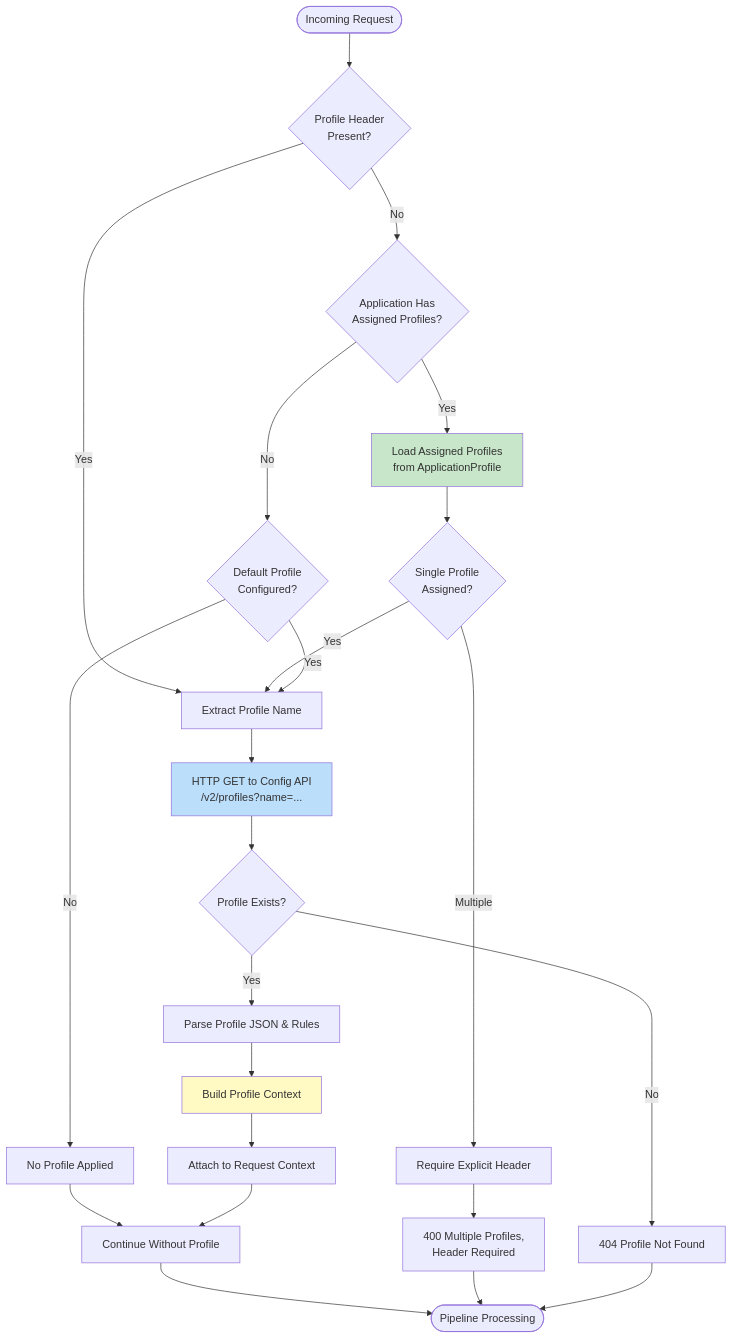
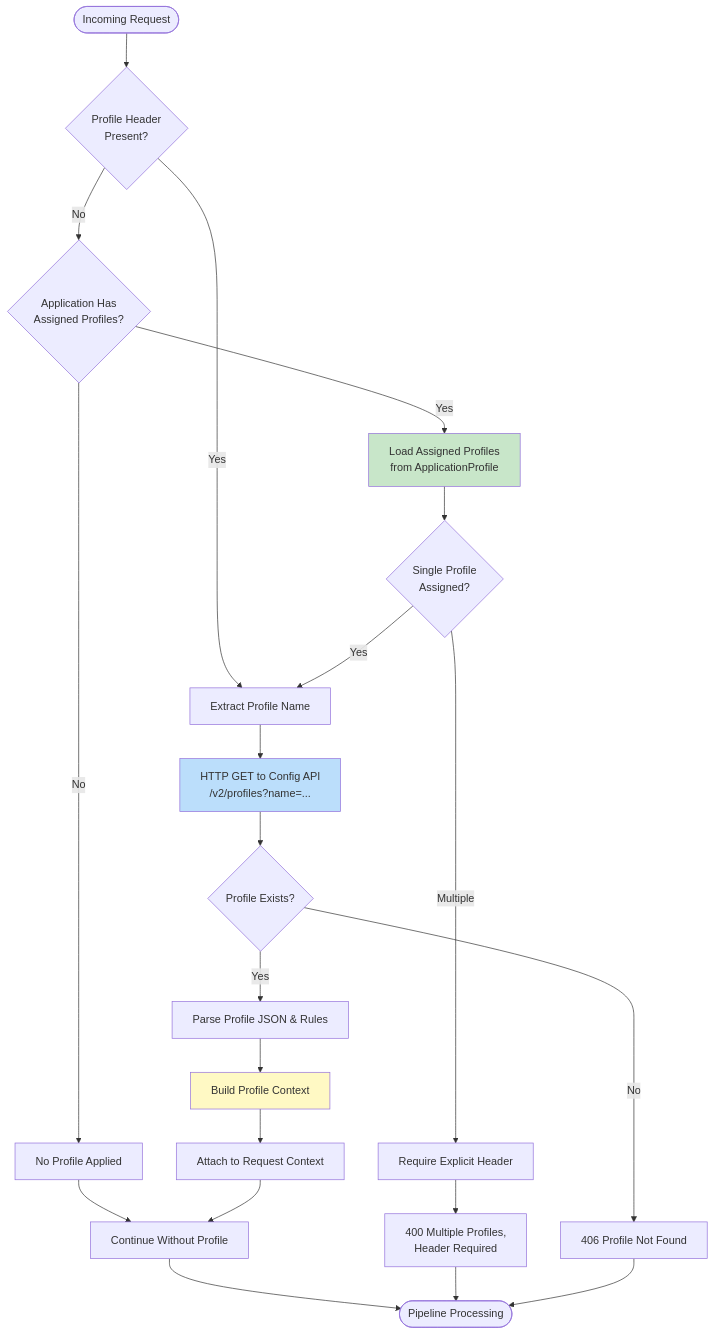
The third of 5 diagrams in docs/Profiles/API-PROFILES-DESIGN.md (Ed-Fi-Alliance-OSS/Data-Management-Service), drawn with Mermaid before and after one commit. The commit also changed other lines of this file, not shown here.

````diff
--- a/docs/Profiles/API-PROFILES-DESIGN.md
+++ b/docs/Profiles/API-PROFILES-DESIGN.md
@@ -492,37 +490,35 @@
 ```mermaid
 flowchart TD
     Start([Incoming Request]) --> CheckHeader{Profile Header<br/>Present?}
     CheckHeader -->|Yes| ExtractName[Extract Profile Name]
     CheckHeader -->|No| CheckAssignment{Application Has<br/>Assigned Profiles?}
     
     CheckAssignment -->|Yes| LoadAssigned[Load Assigned Profiles<br/>from ApplicationProfile]
-    CheckAssignment -->|No| UseDefault{Default Profile<br/>Configured?}
+    CheckAssignment -->|No| NoProfile[No Profile Applied]
     
     LoadAssigned --> SingleProfile{Single Profile<br/>Assigned?}
     SingleProfile -->|Yes| ExtractName
     SingleProfile -->|Multiple| RequireHeader[Require Explicit Header]
     
     RequireHeader --> Error400[400 Multiple Profiles,<br/>Header Required]
     
     ExtractName --> CallConfigAPI[HTTP GET to Config API<br/>/v2/profiles?name=...]
-    UseDefault -->|Yes| ExtractName
-    UseDefault -->|No| NoProfile[No Profile Applied]
     
     CallConfigAPI --> ProfileExists{Profile Exists?}
     ProfileExists -->|Yes| LoadProfile[Parse Profile JSON & Rules]
-    ProfileExists -->|No| Error404[404 Profile Not Found]
+    ProfileExists -->|No| Error406[406 Profile Not Found]
     
     LoadProfile --> BuildContext[Build Profile Context]
     
     BuildContext --> AttachToPipeline[Attach to Request Context]
     NoProfile --> Continue[Continue Without Profile]
     AttachToPipeline --> Continue
     Continue --> End([Pipeline Processing])
     
     Error400 --> End
-    Error404 --> End
+    Error406 --> End
     
     style CallConfigAPI fill:#bbdefb
     style BuildContext fill:#fff9c4
     style LoadAssigned fill:#c8e6c9
 ```
````
